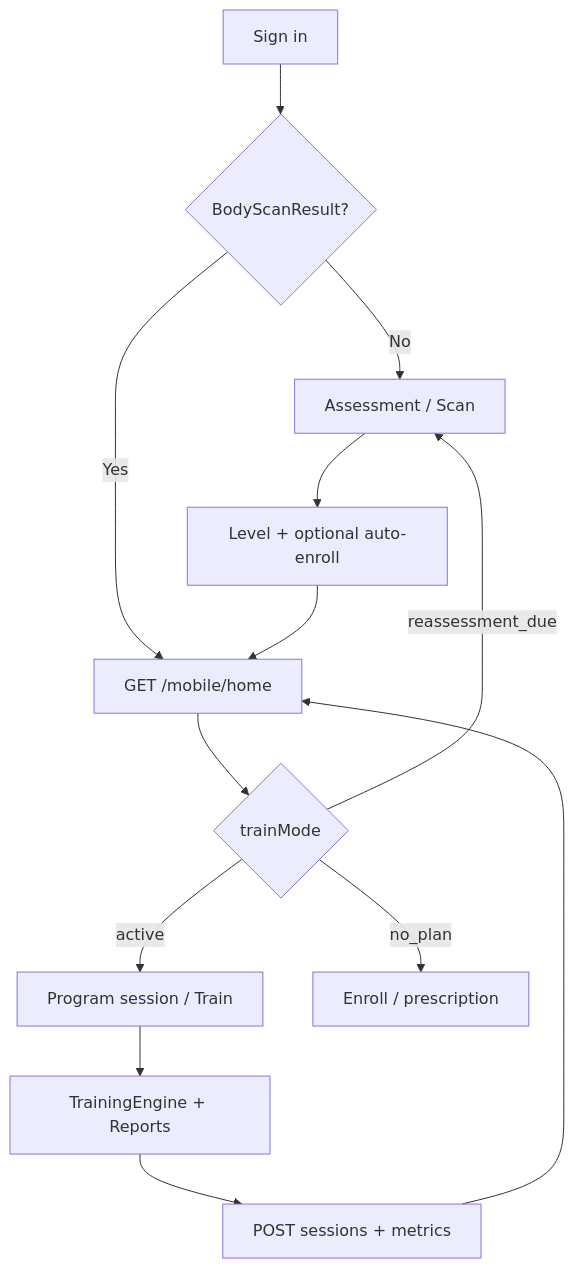
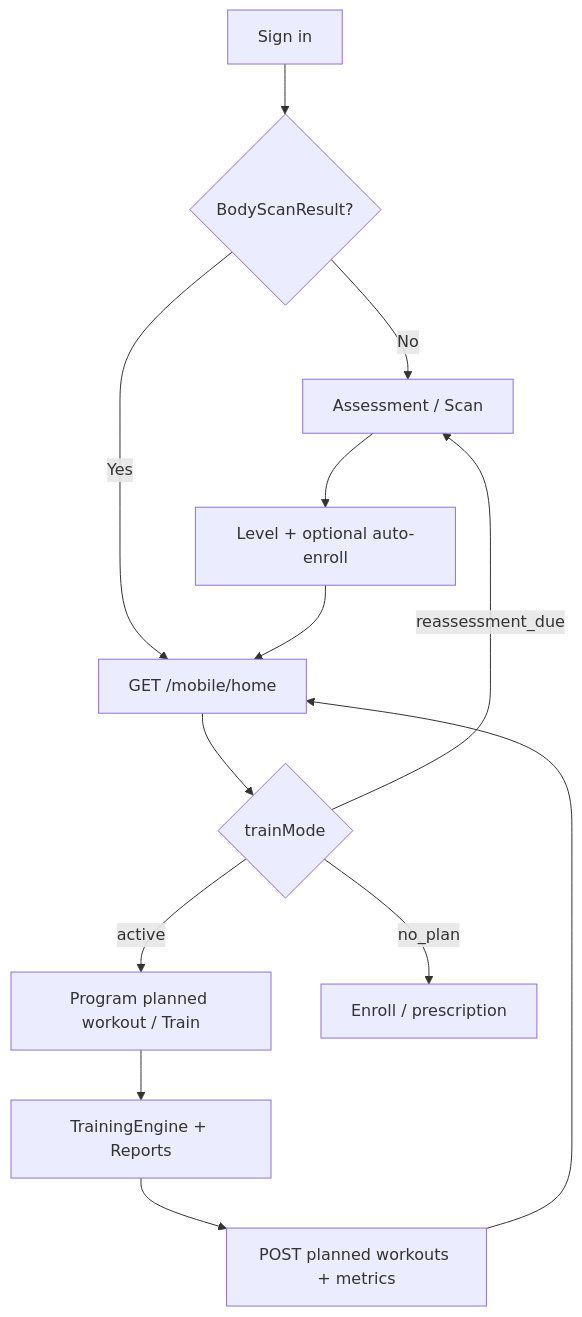
The diagram in Docs/00-Active-Reference/Product-Master/Journey-Index.md (stywithme/movit), drawn with Mermaid before and after one commit. The commit also changed other lines of this file and 352 other files, not shown here.

````diff
--- a/Docs/00-Active-Reference/Product-Master/Journey-Index.md
+++ b/Docs/00-Active-Reference/Product-Master/Journey-Index.md
@@ -65,15 +65,15 @@
 ```mermaid
 flowchart TD
   A[Sign in] --> B{BodyScanResult?}
   B -->|No| C[Assessment / Scan]
   B -->|Yes| D[GET /mobile/home]
   C --> E[Level + optional auto-enroll]
   E --> D
   D --> F{trainMode}
-  F -->|active| G[Program session / Train]
+  F -->|active| G[Program planned workout / Train]
   F -->|no_plan| H[Enroll / prescription]
   F -->|reassessment_due| C
   G --> I[TrainingEngine + Reports]
-  I --> J[POST sessions + metrics]
+  I --> J[POST planned workouts + metrics]
   J --> D
 ```
````
